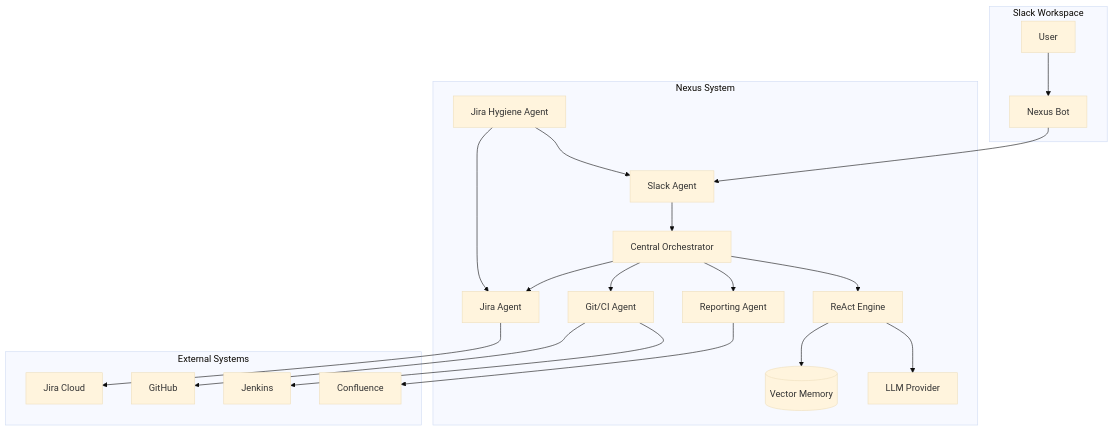
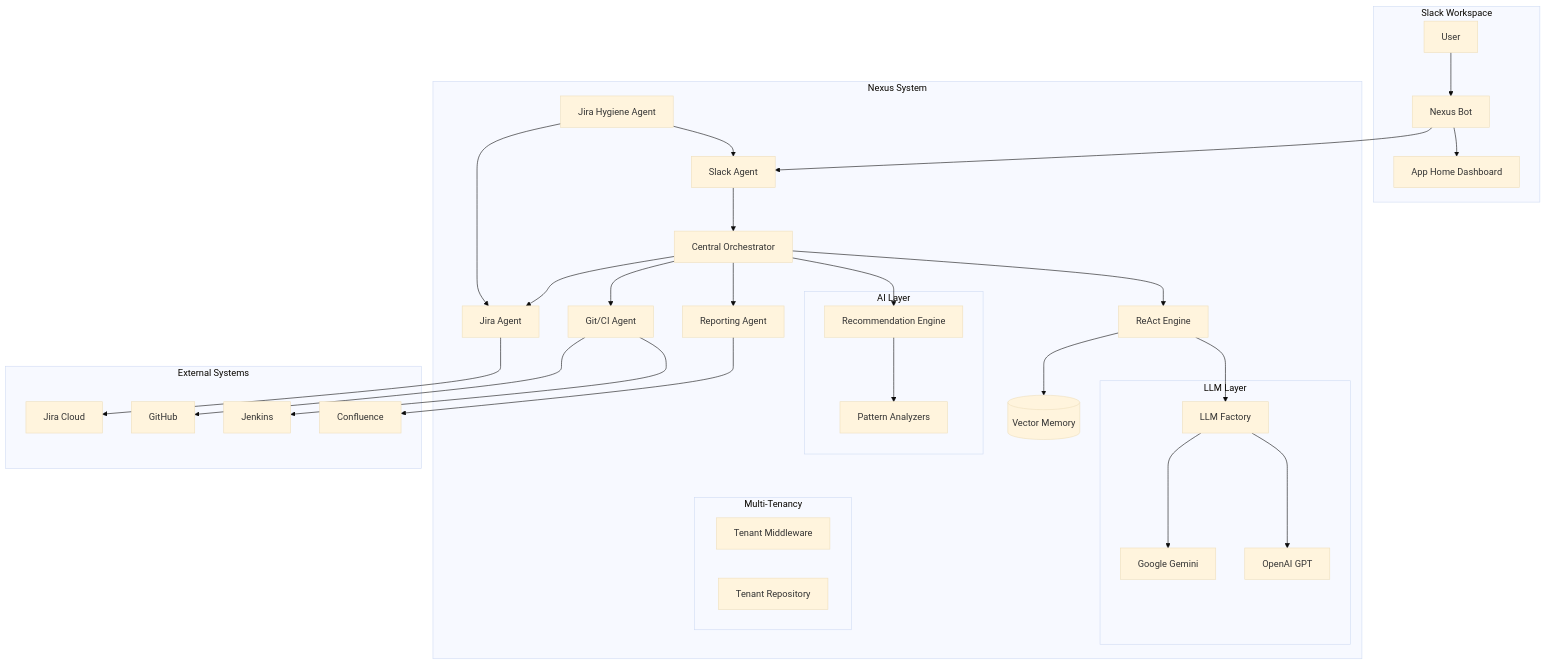
The diagram in docs/index.md (IKRedHat/Nexus-Release-Readiness-Bot), drawn with Mermaid (base theme) before and after one commit. The commit also changed other lines of this file and 6 other files, not shown here.

````diff
--- a/docs/index.md
+++ b/docs/index.md
@@ -56,29 +60,51 @@
 ```mermaid
 flowchart TB
     subgraph Slack["Slack Workspace"]
         User[User] --> SlackApp[Nexus Bot]
+        SlackApp --> AppHome[App Home Dashboard]
     end
     
     subgraph Nexus["Nexus System"]
         SlackApp --> SlackAgent[Slack Agent]
         SlackAgent --> Orchestrator[Central Orchestrator]
         
+        subgraph LLMLayer["LLM Layer"]
+            LLMFactory[LLM Factory]
+            Gemini[Google Gemini]
+            OpenAI[OpenAI GPT]
+        end
+        
         Orchestrator --> ReAct[ReAct Engine]
         ReAct --> Memory[(Vector Memory)]
-        ReAct --> LLM[LLM Provider]
+        ReAct --> LLMFactory
+        LLMFactory --> Gemini
+        LLMFactory --> OpenAI
+        
+        subgraph AILayer["AI Layer"]
+            RecEngine[Recommendation Engine]
+            Analyzers[Pattern Analyzers]
+        end
+        
+        Orchestrator --> RecEngine
+        RecEngine --> Analyzers
         
         Orchestrator --> JiraAgent[Jira Agent]
         Orchestrator --> GitAgent[Git/CI Agent]
         Orchestrator --> ReportAgent[Reporting Agent]
         
         HygieneAgent[Jira Hygiene Agent] --> JiraAgent
         HygieneAgent --> SlackAgent
+        
+        subgraph MultiTenant["Multi-Tenancy"]
+            TenantMW[Tenant Middleware]
+            TenantRepo[Tenant Repository]
+        end
     end
     
     subgraph External["External Systems"]
         JiraAgent --> Jira[Jira Cloud]
         GitAgent --> GitHub[GitHub]
         GitAgent --> Jenkins[Jenkins]
         ReportAgent --> Confluence[Confluence]
     end
 ```
````
